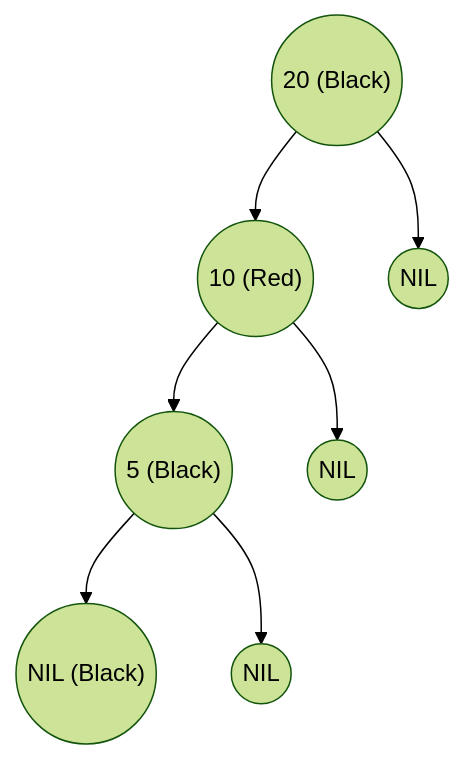
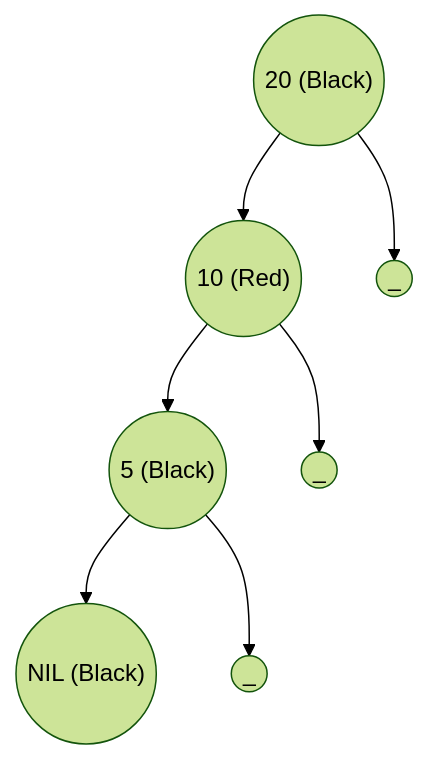
Before and after one commit to imdeepmind/imdeepmind.github.io: the tenth of 31 diagrams in docs/data-structure-and-algorithms/data-structures/tree/search-tree/self-balancing-bst/red-black.md, drawn with Mermaid (forest theme). The commit also changed other lines of this file and 4 other files, not shown here.

````diff
--- a/docs/data-structure-and-algorithms/data-structures/tree/search-tree/self-balancing-bst/red-black.md
+++ b/docs/data-structure-and-algorithms/data-structures/tree/search-tree/self-balancing-bst/red-black.md
@@ -213,10 +213,10 @@
 ```mermaid
 graph TD
     A(("20 (Black)"))
     A --> B(("10 (Red)"))
-    A --> E(("NIL"))
+    A --> E(("_"))
     B --> C(("5 (Black)"))
-    B --> F(("NIL"))
+    B --> F(("_"))
     C --> D(("NIL (Black)"))
-    C --> G(("NIL"))
+    C --> G(("_"))
 ```
````
